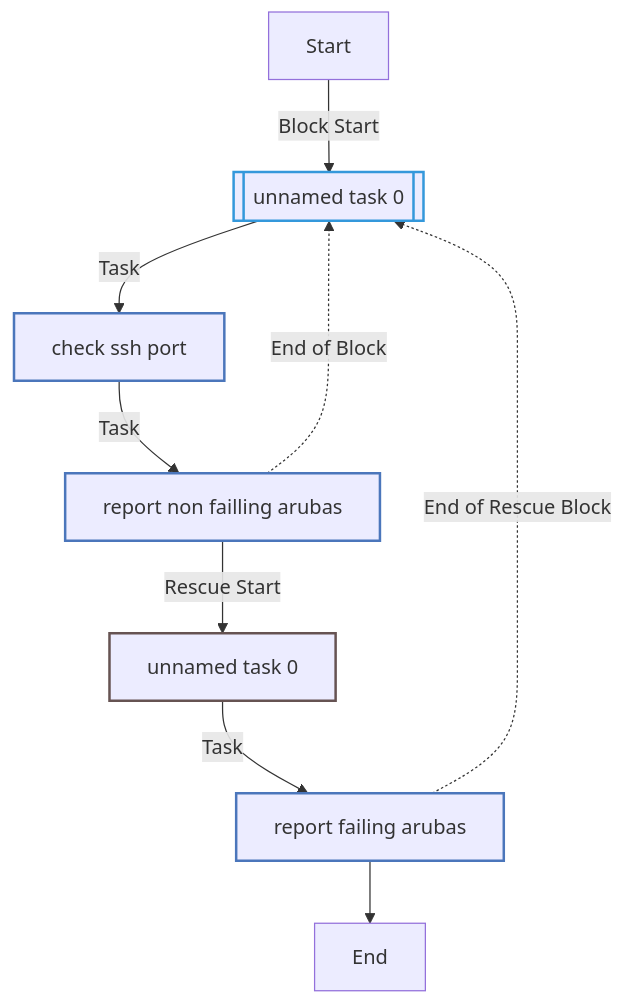
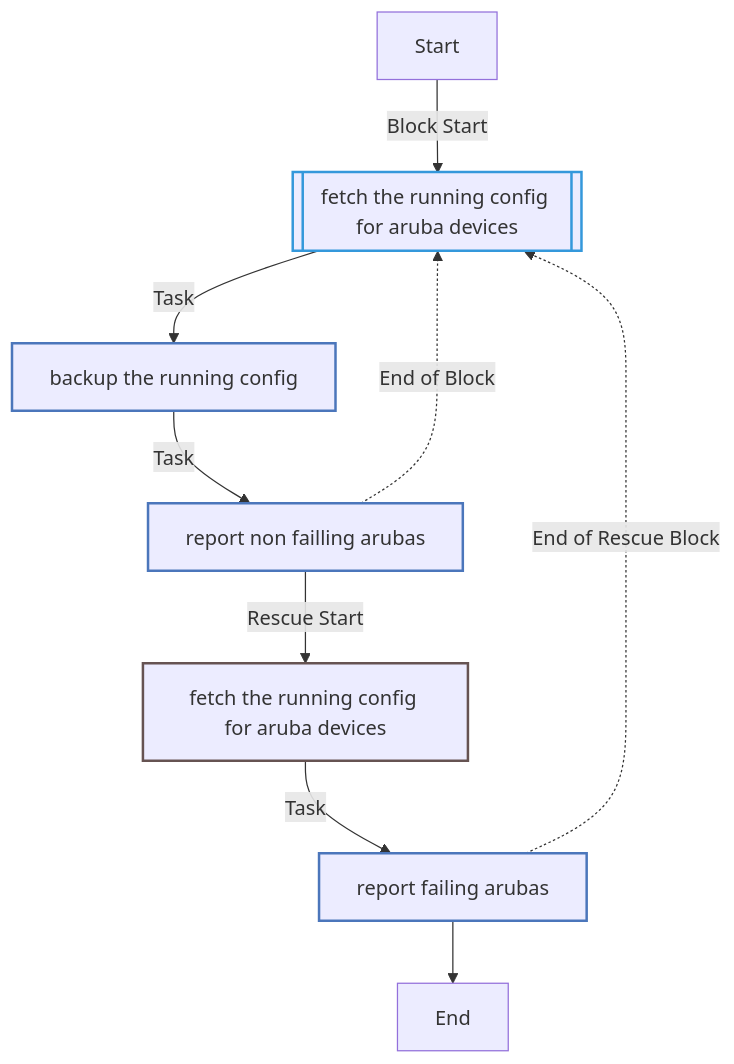
The third of 4 diagrams in backup_readme.md (Enabo/Perso_tests), drawn with Mermaid before and after one commit. The commit also changed other lines of this file, not shown here.

````diff
--- a/backup_readme.md
+++ b/backup_readme.md
@@ -123,21 +125,21 @@
 ```mermaid
 flowchart TD
 Start
 classDef block stroke:#3498db,stroke-width:2px;
 classDef task stroke:#4b76bb,stroke-width:2px;
 classDef includeTasks stroke:#16a085,stroke-width:2px;
 classDef importTasks stroke:#34495e,stroke-width:2px;
 classDef includeRole stroke:#2980b9,stroke-width:2px;
 classDef importRole stroke:#699ba7,stroke-width:2px;
 classDef includeVars stroke:#8e44ad,stroke-width:2px;
 classDef rescue stroke:#665352,stroke-width:2px;
 
-  Start-->|Block Start| Unnamed_task_00_block_start_0[[unnamed task 0]]:::block
-  Unnamed_task_00_block_start_0-->|Task| Check_ssh_port0[check ssh port]:::task
-  Check_ssh_port0-->|Task| Report_non_failling_arubas1[report non failling arubas]:::task
-  Report_non_failling_arubas1-.->|End of Block| Unnamed_task_00_block_start_0
-  Report_non_failling_arubas1-->|Rescue Start| Unnamed_task_00_rescue_start_0[unnamed task 0]:::rescue
-  Unnamed_task_00_rescue_start_0-->|Task| Report_failing_arubas0[report failing arubas]:::task
-  Report_failing_arubas0-.->|End of Rescue Block| Unnamed_task_00_block_start_0
+  Start-->|Block Start| Fetch_the_running_config_for_aruba_devices0_block_start_0[[fetch the running config for aruba devices]]:::block
+  Fetch_the_running_config_for_aruba_devices0_block_start_0-->|Task| backup_the_running_config0[backup the running config]:::task
+  backup_the_running_config0-->|Task| Report_non_failling_arubas1[report non failling arubas]:::task
+  Report_non_failling_arubas1-.->|End of Block| Fetch_the_running_config_for_aruba_devices0_block_start_0
+  Report_non_failling_arubas1-->|Rescue Start| Fetch_the_running_config_for_aruba_devices0_rescue_start_0[fetch the running config for aruba devices]:::rescue
+  Fetch_the_running_config_for_aruba_devices0_rescue_start_0-->|Task| Report_failing_arubas0[report failing arubas]:::task
+  Report_failing_arubas0-.->|End of Rescue Block| Fetch_the_running_config_for_aruba_devices0_block_start_0
   Report_failing_arubas0-->End
 ```
````
